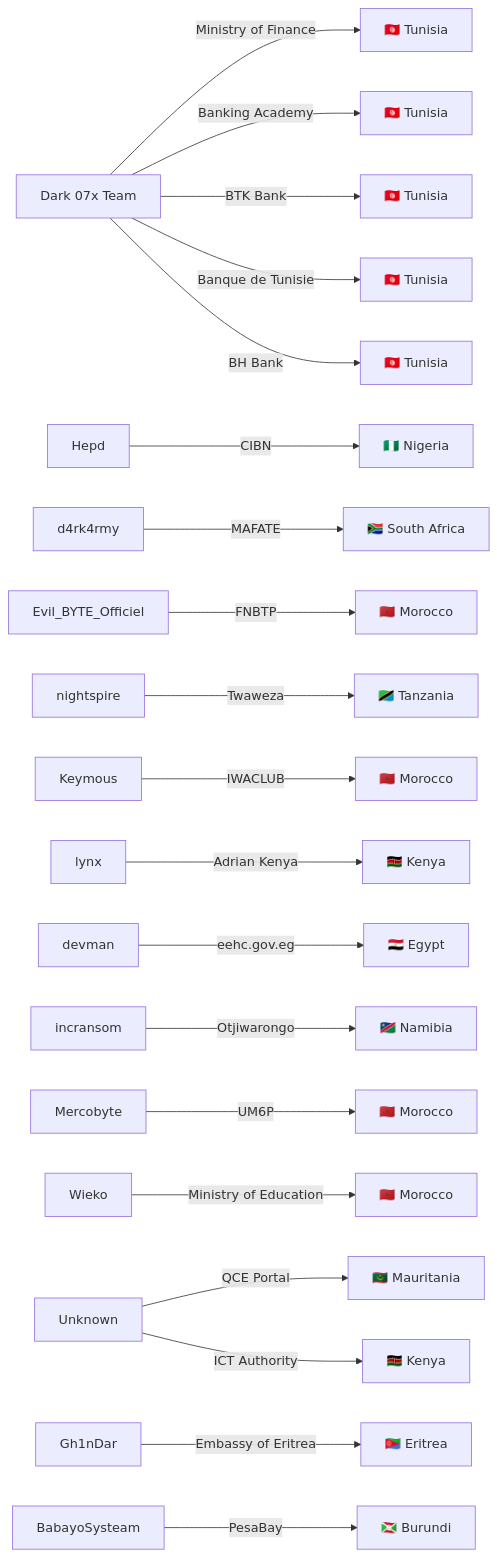
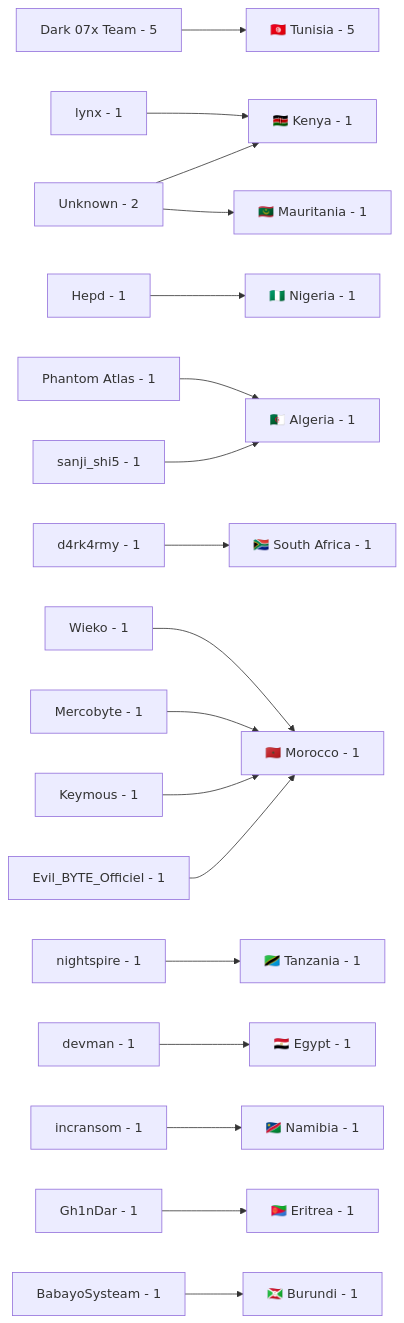
One commit to Hatchepsoute/AFRINTEL changed the second of 3 diagrams in CyberAttackAfrica/2025/07-july/README.md. Above: the diagram before and after it, drawn with Mermaid. The commit also changed other lines of this file and 35 other files, not shown here.

````diff
--- a/CyberAttackAfrica/2025/07-july/README.md
+++ b/CyberAttackAfrica/2025/07-july/README.md
@@ -261,22 +146,20 @@
 ```mermaid
-graph LR
-    Dark07["Dark 07x Team"] -->|Ministry of Finance| Tunisia1["🇹🇳 Tunisia"]
-    Dark07 -->|Banking Academy| Tunisia2["🇹🇳 Tunisia"]
-    Dark07 -->|BTK Bank| Tunisia3["🇹🇳 Tunisia"]
-    Dark07 -->|Banque de Tunisie| Tunisia4["🇹🇳 Tunisia"]
-    Dark07 -->|BH Bank| Tunisia5["🇹🇳 Tunisia"]
-    Hepd -->|CIBN| Nigeria["🇳🇬 Nigeria"]
-    d4rk4rmy -->|MAFATE| SouthAfrica["🇿🇦 South Africa"]
-    EvilByte["Evil_BYTE_Officiel"] -->|FNBTP| Morocco0["🇲🇦 Morocco"]
-    nightspire -->|Twaweza| Tanzania["🇹🇿 Tanzania"]
-    Keymous -->|IWACLUB| Morocco1["🇲🇦 Morocco"]
-    lynx -->|Adrian Kenya| Kenya["🇰🇪 Kenya"]
-    devman -->|eehc.gov.eg| Egypt["🇪🇬 Egypt"]
-    incransom -->|Otjiwarongo| Namibia["🇳🇦 Namibia"]
-    Mercobyte -->|UM6P| Morocco2["🇲🇦 Morocco"]
-    Wieko -->|Ministry of Education| Morocco3["🇲🇦 Morocco"]
-    Unknown -->|QCE Portal| Mauritania["🇲🇷 Mauritania"]
-    Unknown -->|ICT Authority| Kenya2["🇰🇪 Kenya"]
-    Gh1nDar -->|Embassy of Eritrea| Eritrea["🇪🇷 Eritrea"]
-    BabayoSysteam -->|PesaBay| Burundi["🇧🇮 Burundi"]
+flowchart LR
+    D07["Dark 07x Team - 5"] --> TN["🇹🇳 Tunisia - 5"]
+    UNK["Unknown - 2"] --> KE["🇰🇪 Kenya - 1"]
+    UNK --> MR["🇲🇷 Mauritania - 1"]
+    HEP["Hepd - 1"] --> NG["🇳🇬 Nigeria - 1"]
+    SAN["sanji_shi5 - 1"] --> DZ["🇩🇿 Algeria - 1"]
+    D4R["d4rk4rmy - 1"] --> ZA["🇿🇦 South Africa - 1"]
+    EBO["Evil_BYTE_Officiel - 1"] --> MA["🇲🇦 Morocco - 1"]
+    NIG["nightspire - 1"] --> TZ["🇹🇿 Tanzania - 1"]
+    KEY["Keymous - 1"] --> MA
+    PHA["Phantom Atlas - 1"] --> DZ
+    LYN["lynx - 1"] --> KE
+    DEV["devman - 1"] --> EG["🇪🇬 Egypt - 1"]
+    INC["incransom - 1"] --> NA["🇳🇦 Namibia - 1"]
+    MER["Mercobyte - 1"] --> MA
+    GHI["Gh1nDar - 1"] --> ER["🇪🇷 Eritrea - 1"]
+    WIE["Wieko - 1"] --> MA
+    BAB["BabayoSysteam - 1"] --> BI["🇧🇮 Burundi - 1"]
 ```
````
